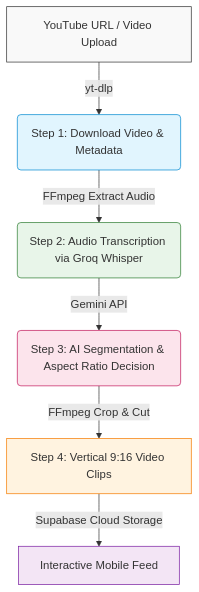
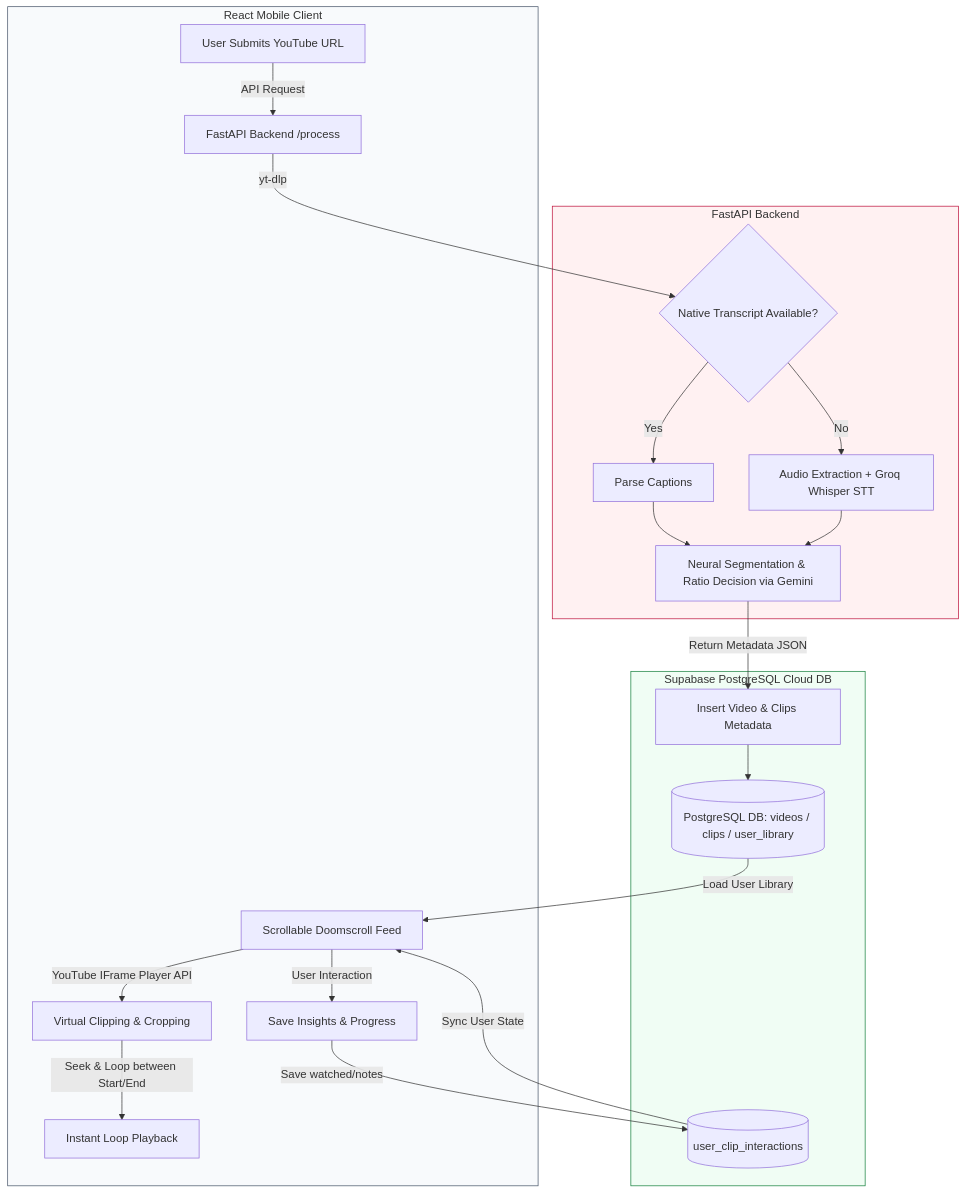
Before and after one commit to abdulrahimzulfiqar/productive-doomscrolling: the diagram in README.md, drawn with Mermaid. The commit also changed other lines of this file, not shown here.

Commit message:
docs: correct README architecture and step 4 virtual clipping logic description

````diff
--- a/README.md
+++ b/README.md
@@ -11,15 +11,34 @@
 ```mermaid
 graph TD
-    A[YouTube URL / Video Upload] -->|yt-dlp| B(Step 1: Download Video & Metadata)
-    B -->|FFmpeg Extract Audio| C(Step 2: Audio Transcription via Groq Whisper)
-    C -->|Gemini API| D(Step 3: AI Segmentation & Aspect Ratio Decision)
-    D -->|FFmpeg Crop & Cut| E[Step 4: Vertical 9:16 Video Clips]
-    E -->|Supabase Cloud Storage| F[Interactive Mobile Feed]
+    %% Frontend Flow
+    subgraph Frontend [React Mobile Client]
+        A[User Submits YouTube URL] -->|API Request| B[FastAPI Backend /process]
+        H[Scrollable Doomscroll Feed] -->|YouTube IFrame Player API| I[Virtual Clipping & Cropping]
+        I -->|Seek & Loop between Start/End| J[Instant Loop Playback]
+        H -->|User Interaction| K[Save Insights & Progress]
+    end
 
-    style A fill:#f9f9f9,stroke:#333,stroke-width:1px
-    style B fill:#e1f5fe,stroke:#0288d1,stroke-width:1px
-    style C fill:#e8f5e9,stroke:#2e7d32,stroke-width:1px
-    style D fill:#fce4ec,stroke:#c2185b,stroke-width:1px
-    style E fill:#fff3e0,stroke:#f57c00,stroke-width:1px
-    style F fill:#f3e5f5,stroke:#7b1fa2,stroke-width:1px
+    %% Backend Flow
+    subgraph Backend [FastAPI Backend]
+        B -->|yt-dlp| C{Native Transcript Available?}
+        C -->|Yes| D[Parse Captions]
+        C -->|No| E[Audio Extraction + Groq Whisper STT]
+        D & E --> F[Neural Segmentation & Ratio Decision via Gemini]
+    end
+
+    %% Database Flow
+    subgraph Database [Supabase PostgreSQL Cloud DB]
+        F -->|Return Metadata JSON| L[Insert Video & Clips Metadata]
+        L --> G[(PostgreSQL DB: videos / clips / user_library)]
+        K -->|Save watched/notes| M[(user_clip_interactions)]
+    end
+
+    %% Wiring
+    G -->|Load User Library| H
+    M -->|Sync User State| H
+
+    %% Aesthetics
+    style Frontend fill:#f8fafc,stroke:#475569,stroke-width:1px
+    style Backend fill:#fff1f2,stroke:#be123c,stroke-width:1px
+    style Database fill:#f0fdf4,stroke:#15803d,stroke-width:1px
 ```
````
